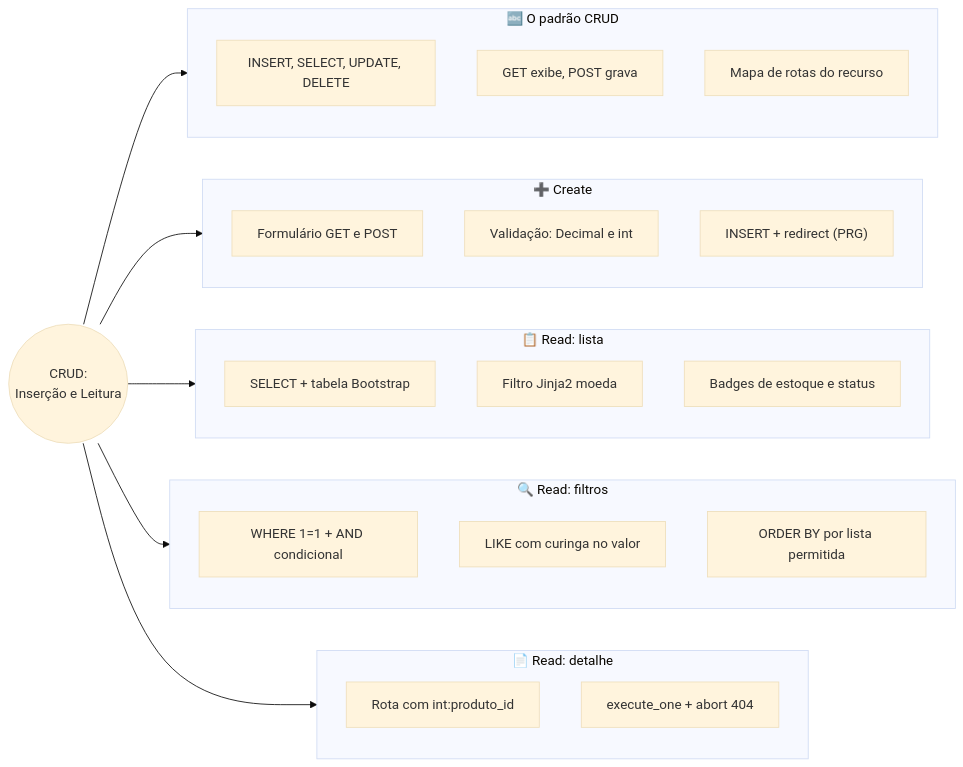
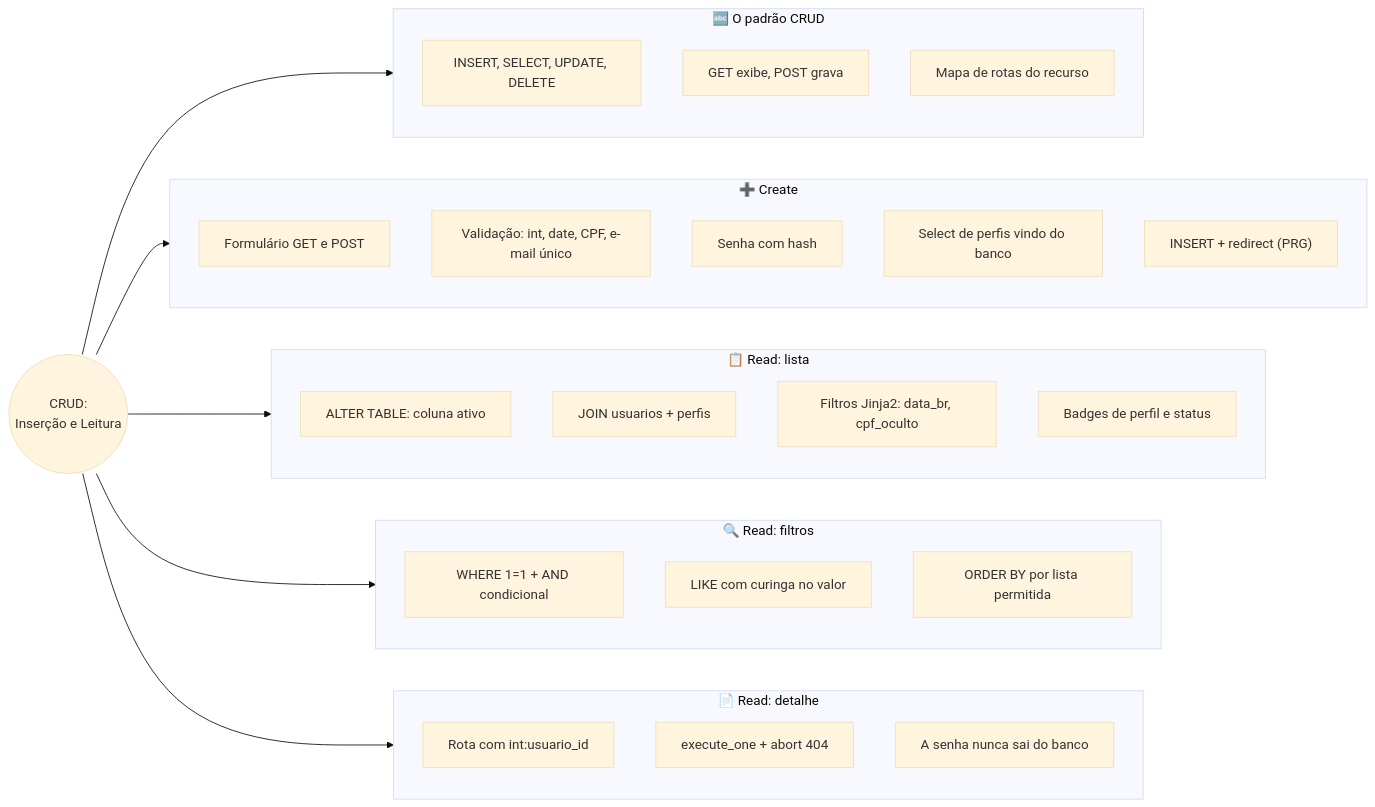
The first of 2 diagrams in docs/aulas/Aula_07_CRUD_Insercao_e_Leitura.md (GTI-Fatec-Jahu/PI-GTI-2026-2), drawn with Mermaid (base theme) before and after one commit. The commit also changed other lines of this file and 2 other files, not shown here.

Commit message:
Tópico 06: CRUD de usuários (Create e Read) com perfil em tabela auxiliar; Decimal, moeda e estoque vão para o apoio

````diff
--- a/docs/aulas/Aula_07_CRUD_Insercao_e_Leitura.md
+++ b/docs/aulas/Aula_07_CRUD_Insercao_e_Leitura.md
@@ -29,43 +32,47 @@
 ```mermaid
 flowchart LR
     ROOT(("CRUD:<br/>Inserção e Leitura"))
 
     ROOT --> T1
     subgraph T1["🔤 O padrão CRUD"]
         direction TB
         T1A["INSERT, SELECT, UPDATE, DELETE"]
         T1B["GET exibe, POST grava"]
         T1C["Mapa de rotas do recurso"]
     end
 
     ROOT --> T2
     subgraph T2["➕ Create"]
         direction TB
         T2A["Formulário GET e POST"]
-        T2B["Validação: Decimal e int"]
-        T2C["INSERT + redirect (PRG)"]
+        T2B["Validação: int, date, CPF, e-mail único"]
+        T2C["Senha com hash"]
+        T2D["Select de perfis vindo do banco"]
+        T2E["INSERT + redirect (PRG)"]
     end
 
     ROOT --> T3
     subgraph T3["📋 Read: lista"]
         direction TB
-        T3A["SELECT + tabela Bootstrap"]
-        T3B["Filtro Jinja2 moeda"]
-        T3C["Badges de estoque e status"]
+        T3A["ALTER TABLE: coluna ativo"]
+        T3B["JOIN usuarios + perfis"]
+        T3C["Filtros Jinja2: data_br, cpf_oculto"]
+        T3D["Badges de perfil e status"]
     end
 
     ROOT --> T4
     subgraph T4["🔍 Read: filtros"]
         direction TB
         T4A["WHERE 1=1 + AND condicional"]
         T4B["LIKE com curinga no valor"]
         T4C["ORDER BY por lista permitida"]
     end
 
     ROOT --> T5
     subgraph T5["📄 Read: detalhe"]
         direction TB
-        T5A["Rota com int:produto_id"]
+        T5A["Rota com int:usuario_id"]
         T5B["execute_one + abort 404"]
+        T5C["A senha nunca sai do banco"]
     end
 ```
````
